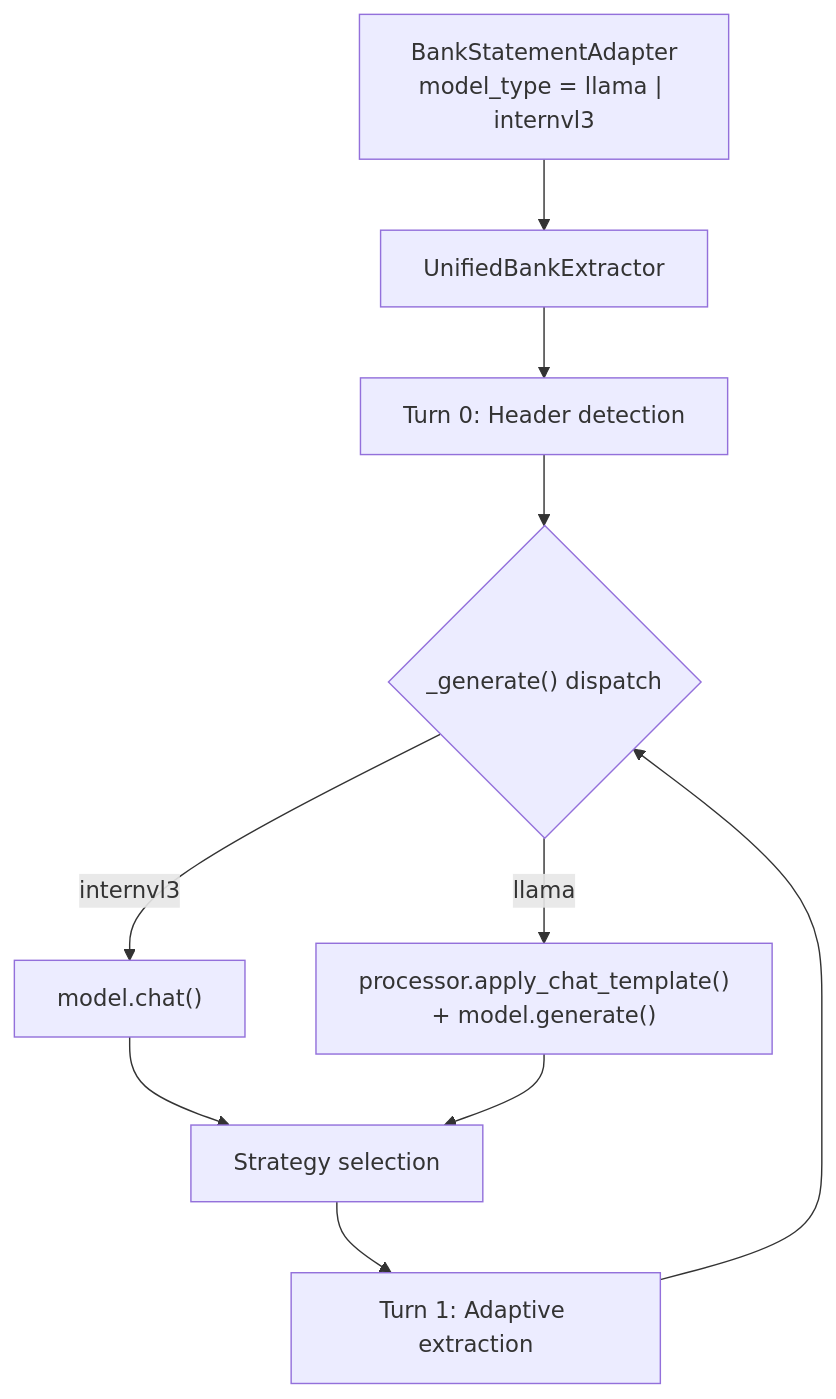
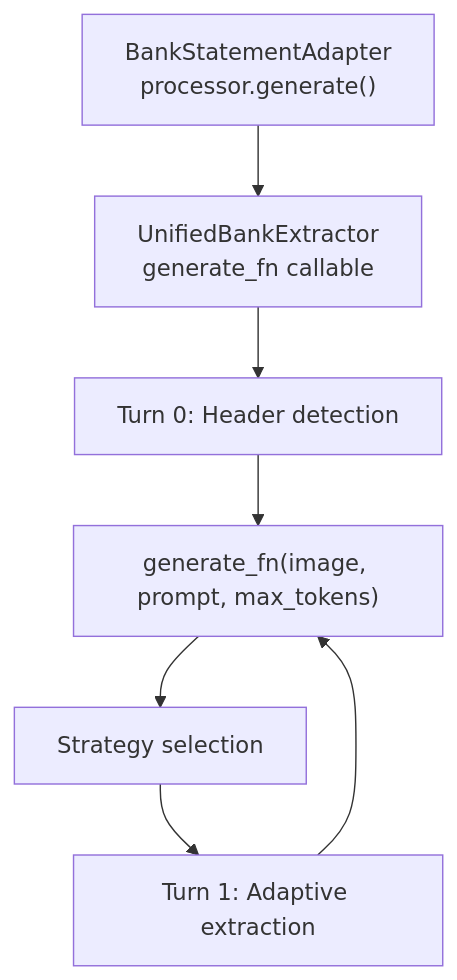
Before and after one commit to tmnestor/LMM_POC: the fourth of 4 diagrams in README.md, drawn with Mermaid. The commit also changed other lines of this file and 2 other files, not shown here.

Commit message:
📝 docs: update docs to reflect BaseDocumentProcessor refactoring

````diff
--- a/README.md
+++ b/README.md
@@ -226,18 +227,13 @@
 ```mermaid
 graph TD
-    BSA["BankStatementAdapter<br/>model_type = llama | internvl3"]
-    UBE["UnifiedBankExtractor"]
+    BSA["BankStatementAdapter<br/>processor.generate()"]
+    UBE["UnifiedBankExtractor<br/>generate_fn callable"]
     T0["Turn 0: Header detection"]
-    GEN{"_generate() dispatch"}
-    IVL["model.chat()"]
-    LLAMA["processor.apply_chat_template()<br/>+ model.generate()"]
+    GEN["generate_fn(image, prompt, max_tokens)"]
     STRAT["Strategy selection"]
     T1["Turn 1: Adaptive extraction"]
 
     BSA --> UBE --> T0 --> GEN
-    GEN -->|internvl3| IVL
-    GEN -->|llama| LLAMA
-    IVL --> STRAT
-    LLAMA --> STRAT
+    GEN --> STRAT
     STRAT --> T1 --> GEN
 ```
````
